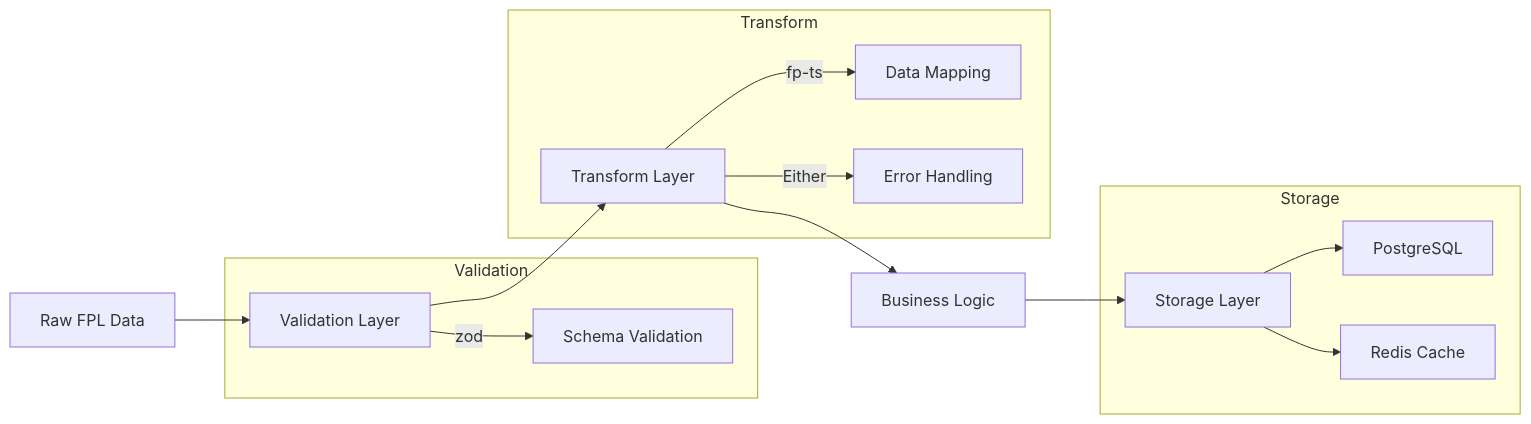
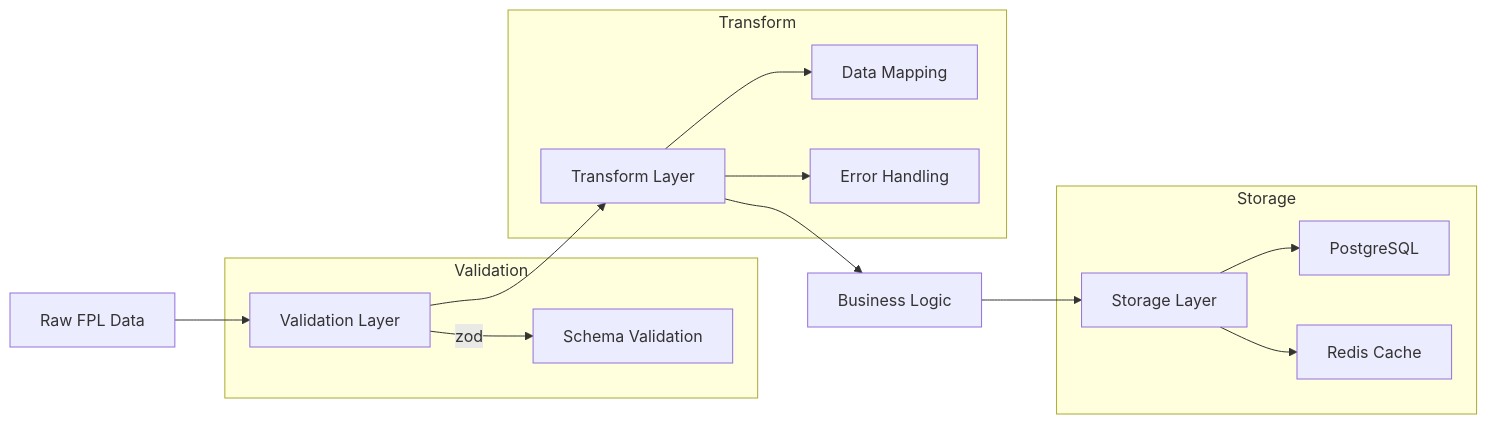
The third of 4 diagrams in README.md (tonglam/letletme_data), drawn with Mermaid before and after one commit. The commit also changed other lines of this file and 3 other files, not shown here.

````diff
--- a/README.md
+++ b/README.md
@@ -76,21 +76,21 @@
 ```mermaid
 flowchart LR
     A[Raw FPL Data] --> B[Validation Layer]
     B --> C[Transform Layer]
     C --> D[Business Logic]
     D --> E[Storage Layer]
 
     subgraph Validation
         B --> |zod| B1[Schema Validation]
     end
 
     subgraph Transform
-        C --> |fp-ts| C1[Data Mapping]
-        C --> |Either| C2[Error Handling]
+        C --> C1[Data Mapping]
+        C --> C2[Error Handling]
     end
 
     subgraph Storage
         E --> E1[PostgreSQL]
         E --> E2[Redis Cache]
     end
 ```
````
